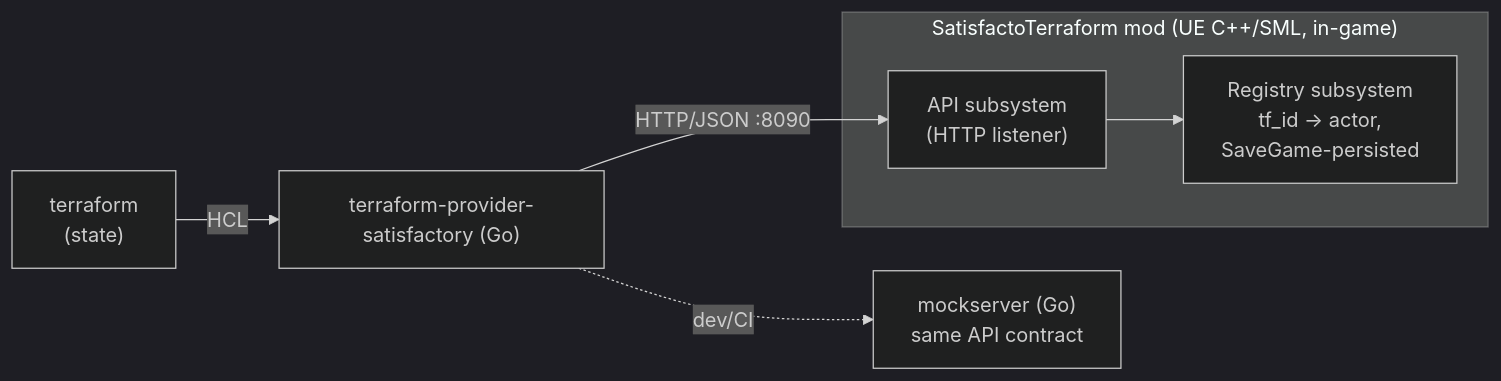
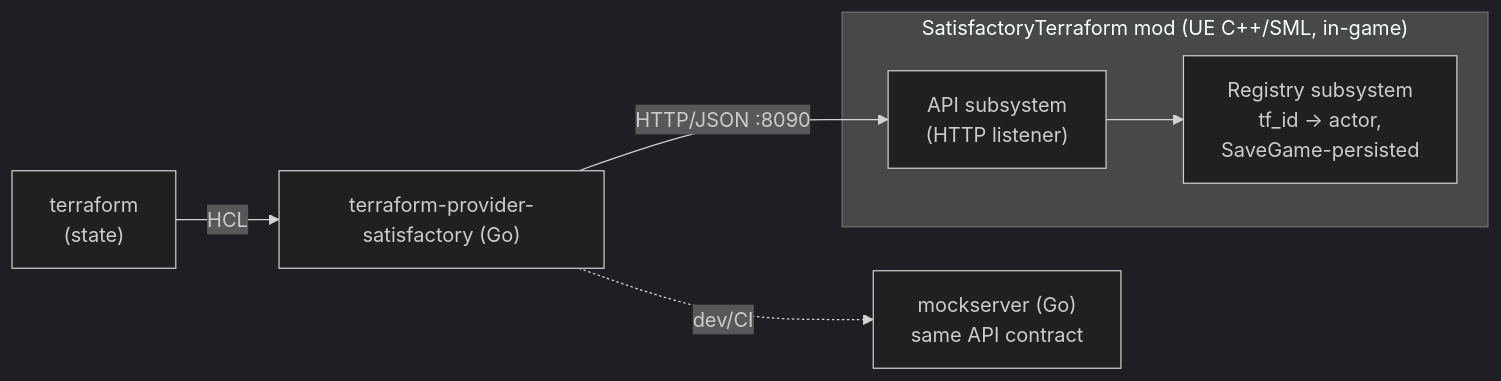
Before and after one commit to daroco/SatisfactoryTerraform: the diagram in docs/architecture.md, drawn with Mermaid (dark theme). The commit also changed other lines of this file and 46 other files, not shown here.

First line of the commit message:
Split mod out of satisfacto-form; rename to SatisfactoryTerraform

````diff
--- a/docs/architecture.md
+++ b/docs/architecture.md
@@ -3,12 +3,12 @@
 ```mermaid
 flowchart LR
     TF["terraform<br/>(state)"] -->|HCL| Provider["terraform-provider-satisfactory (Go)"]
     Provider -->|"HTTP/JSON :8090"| API
     Provider -.->|dev/CI| Mock["mockserver (Go)<br/>same API contract"]
 
-    subgraph Mod["SatisfactoTerraform mod (UE C++/SML, in-game)"]
+    subgraph Mod["SatisfactoryTerraform mod (UE C++/SML, in-game)"]
         API["API subsystem<br/>(HTTP listener)"]
         Registry["Registry subsystem<br/>tf_id → actor,<br/>SaveGame-persisted"]
         API --> Registry
     end
 ```
````
